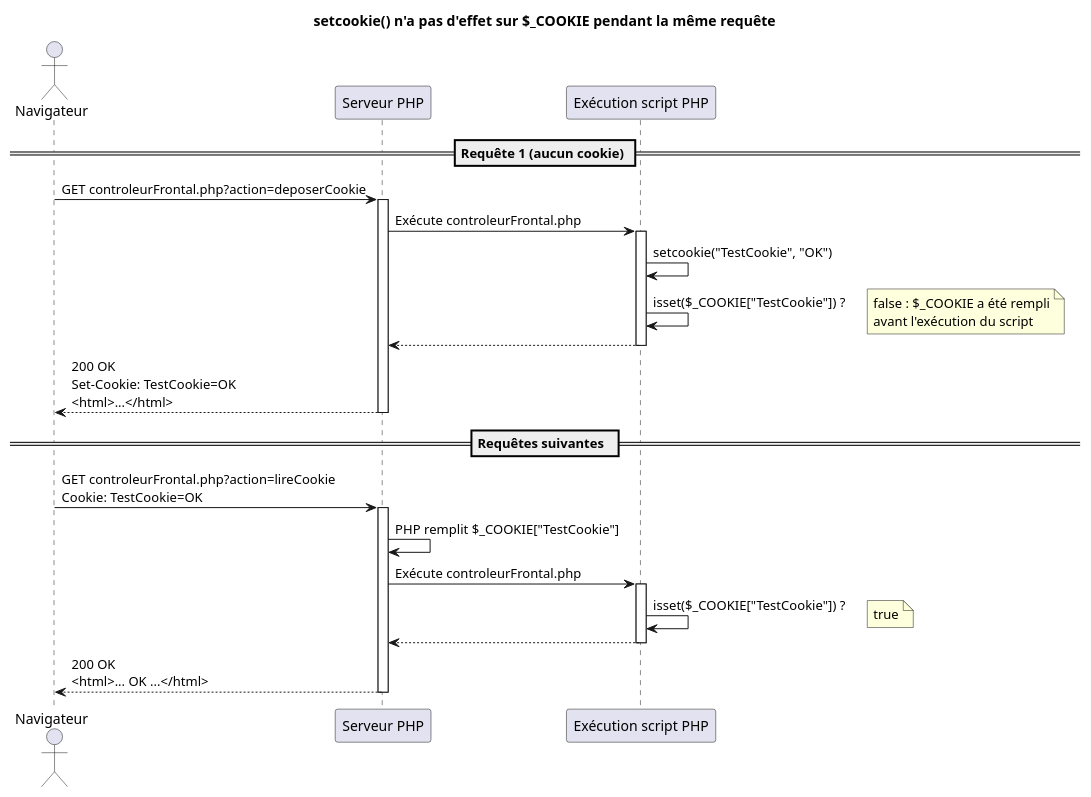
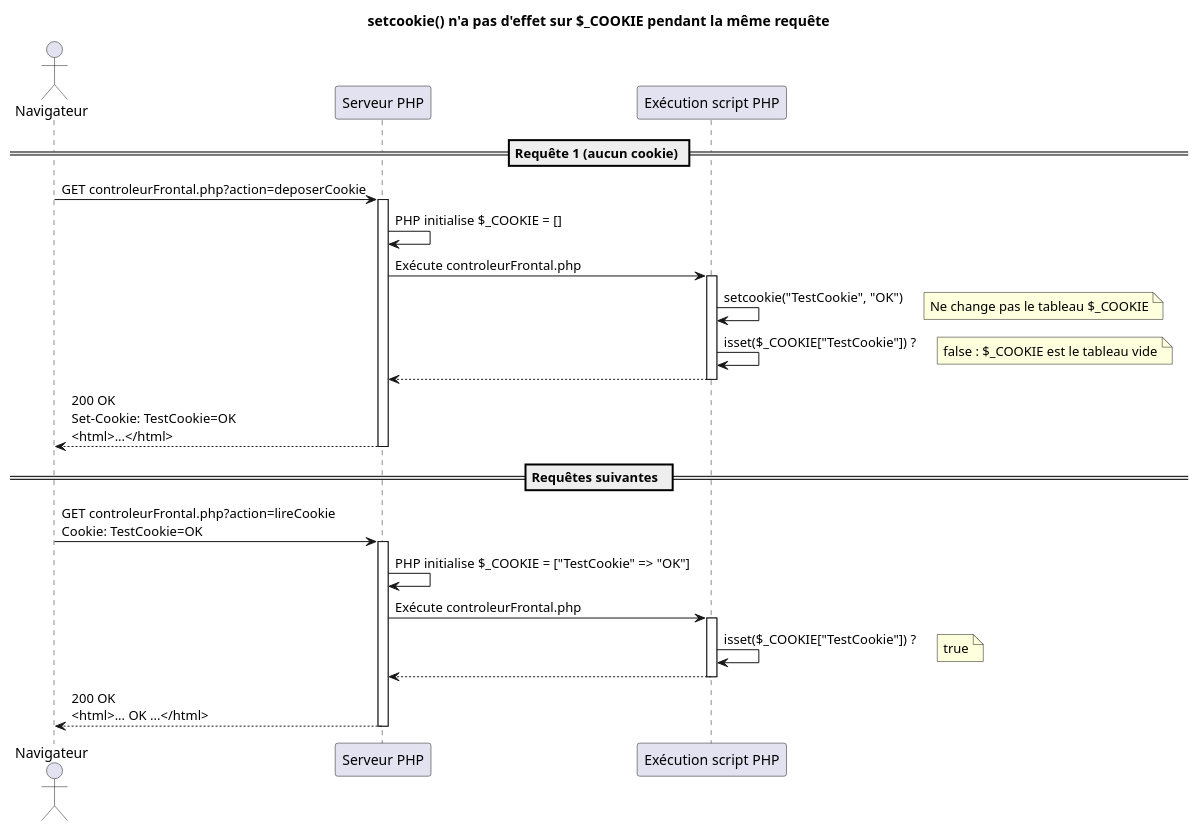
One commit to romainlebreton/R3.01-DeveloppementWeb changed the diagram in assets/TD7/cookie-decalage.puml. Above: the diagram before and after it, drawn with PlantUML. The commit also changed 1 other file, not shown here.

```diff
--- a/assets/TD7/cookie-decalage.puml
+++ b/assets/TD7/cookie-decalage.puml
@@ -1,32 +1,34 @@
 @startuml
 title setcookie() n'a pas d'effet sur $_COOKIE pendant la même requête
 actor "Navigateur" as C
 participant "Serveur PHP" as S
 participant "Exécution script PHP" as E
 
 == Requête 1 (aucun cookie) ==
 C -> S : GET controleurFrontal.php?action=deposerCookie
 activate S
+S -> S : PHP initialise $_COOKIE = []
 S -> E : Exécute controleurFrontal.php
 activate E
 E -> E : setcookie("TestCookie", "OK")
+note right : Ne change pas le tableau $_COOKIE
 E -> E : isset($_COOKIE["TestCookie"]) ?
-note right : false : $_COOKIE a été rempli\navant l'exécution du script
+note right : false : $_COOKIE est le tableau vide
 E --> S : 
 deactivate E
 S --> C : 200 OK\nSet-Cookie: TestCookie=OK\n<html>...</html>
 deactivate S
 
 == Requêtes suivantes  ==
 C -> S : GET controleurFrontal.php?action=lireCookie\nCookie: TestCookie=OK
 activate S
-S -> S : PHP remplit $_COOKIE["TestCookie"]
+S -> S : PHP initialise $_COOKIE = ["TestCookie" => "OK"]
 S -> E : Exécute controleurFrontal.php
 activate E
 E -> E : isset($_COOKIE["TestCookie"]) ?
 note right : true
 E --> S : 
 deactivate E
 S --> C : 200 OK\n<html>... OK ...</html>
 deactivate S
 @enduml
```
